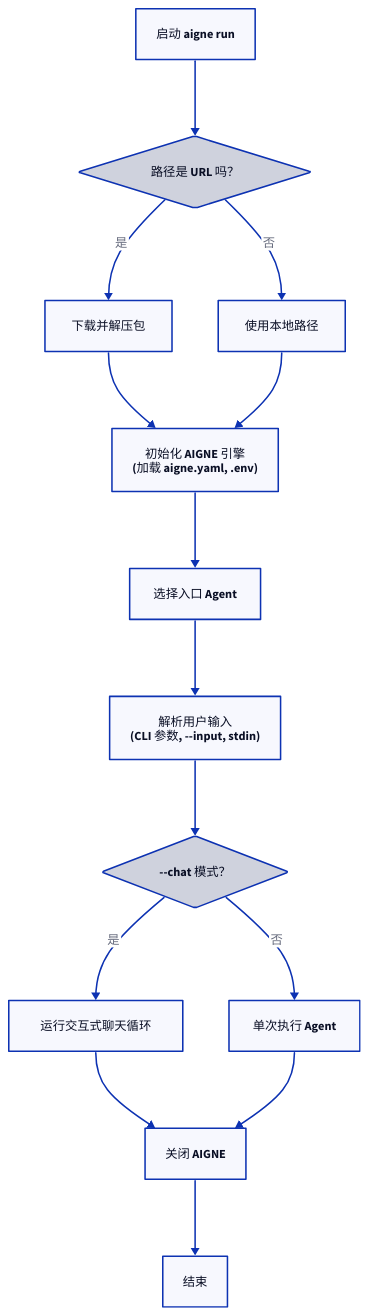
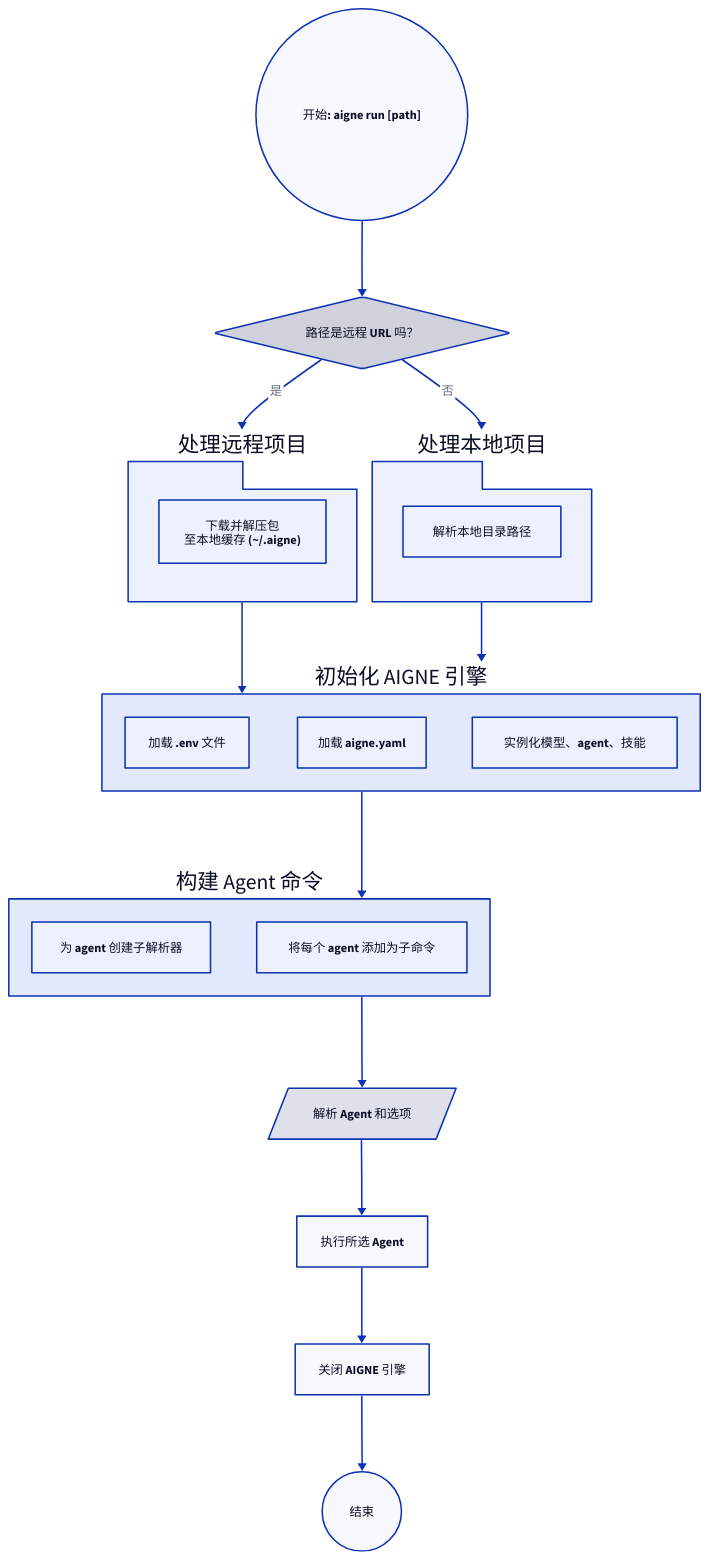
The diagram in packages/cli/docs/command-reference-run.zh.md (AIGNE-io/aigne-framework), drawn with D2 before and after one commit. The commit also changed other lines of this file and 38 other files, not shown here.

````diff
--- a/packages/cli/docs/command-reference-run.zh.md
+++ b/packages/cli/docs/command-reference-run.zh.md
@@ -32,40 +34,76 @@
 ```d2
 direction: down
 
-"start": "启动 aigne run"
+start: {
+  label: "开始: aigne run [path]"
+  shape: circle
+}
 
-"check_path": "路径是 URL 吗？" {
+check_path: {
+  label: "路径是远程 URL 吗？"
   shape: diamond
 }
 
-"download": "下载并解压包"
-"use_local": "使用本地路径"
+handle_remote: {
+  label: "处理远程项目"
+  shape: package
 
-"init": "初始化 AIGNE 引擎\n(加载 aigne.yaml, .env)"
-"select_agent": "选择入口 Agent"
-"parse_input": "解析用户输入\n(CLI 参数, --input, stdin)"
-
-"check_chat": "--chat 模式？" {
-  shape: diamond
+  download: "下载并解压包\n至本地缓存 (~/.aigne)"
 }
 
-"chat_loop": "运行交互式聊天循环"
-"execute_once": "单次执行 Agent"
+handle_local: {
+  label: "处理本地项目"
+  shape: package
 
-"shutdown": "关闭 AIGNE"
-"end": "结束"
+  resolve_path: "解析本地目录路径"
+}
+
+init_aigne: {
+  label: "初始化 AIGNE 引擎"
+  shape: rectangle
+
+  load_env: "加载 .env 文件"
+  load_config: "加载 aigne.yaml"
+  init_engine: "实例化模型、agent、技能"
+}
+
+build_commands: {
+  label: "构建 Agent 命令"
+  shape: rectangle
+
+  sub_parser: "为 agent 创建子解析器"
+  add_agents: "将每个 agent 添加为子命令"
+}
+
+parse_args: {
+  label: "解析 Agent 和选项"
+  shape: parallelogram
+}
+
+execute_agent: {
+  label: "执行所选 Agent"
+  shape: rectangle
+}
+
+shutdown: {
+  label: "关闭 AIGNE 引擎"
+  shape: rectangle
+}
+
+end: {
+  label: "结束"
+  shape: circle
+}
+
 
 start -> check_path
-check_path -> download: "是"
-check_path -> use_local: "否"
-download -> init
-use_local -> init
-init -> select_agent
-select_agent -> parse_input
-parse_input -> check_chat
-check_chat -> chat_loop: "是"
-check_chat -> execute_once: "否"
-chat_loop -> shutdown
-execute_once -> shutdown
+check_path -> handle_remote: "是"
+check_path -> handle_local: "否"
+handle_remote -> init_aigne
+handle_local -> init_aigne
+init_aigne -> build_commands
+build_commands -> parse_args
+parse_args -> execute_agent
+execute_agent -> shutdown
 shutdown -> end
 ```
````
